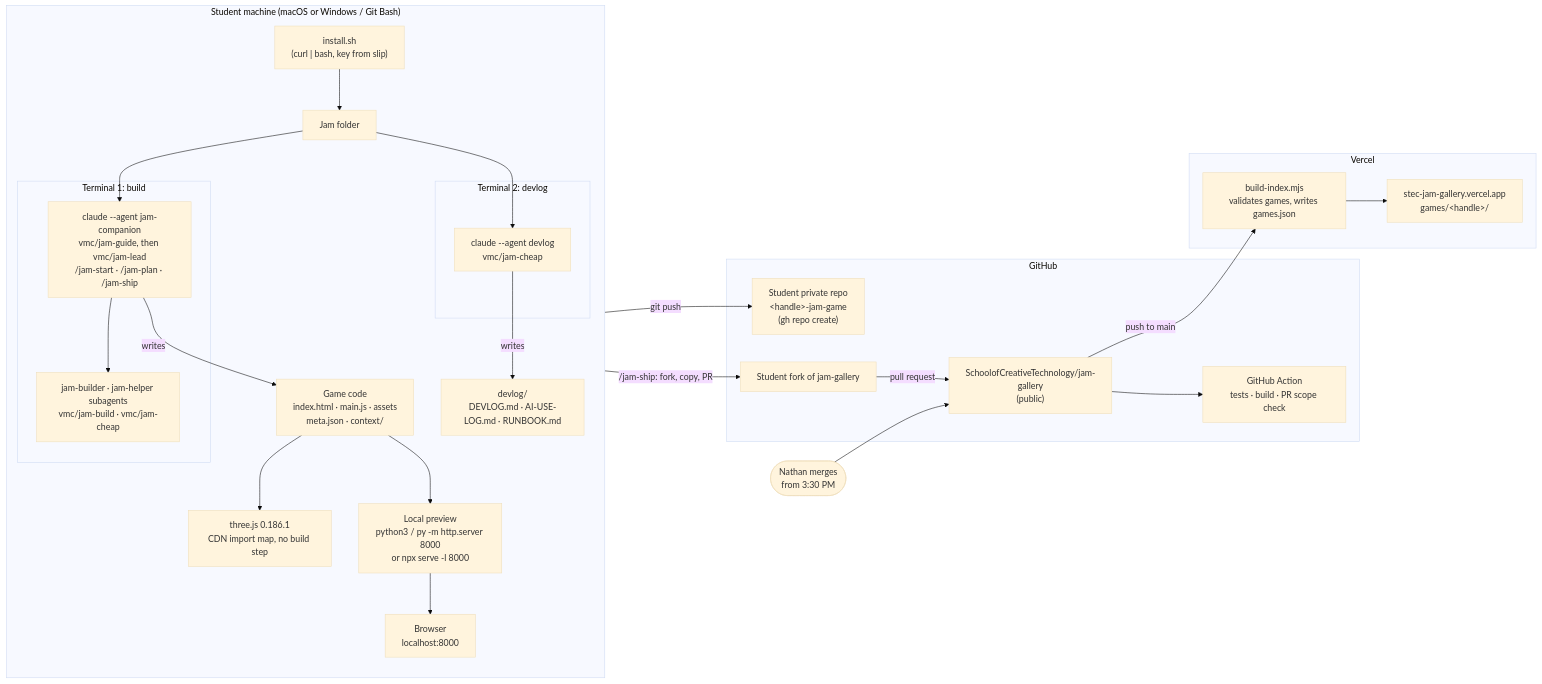
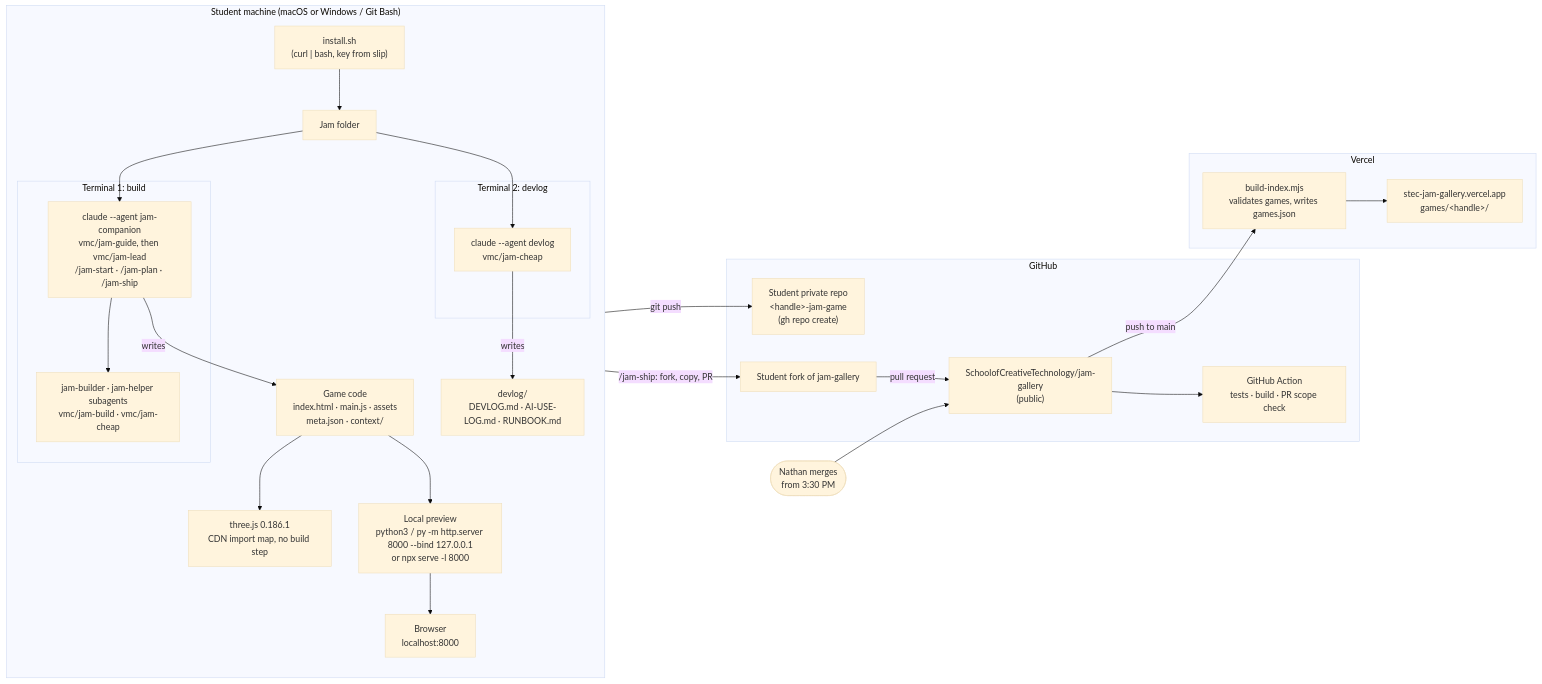
Before and after one commit to SchoolofCreativeTechnology/anthropic-game-jam: the diagram in STACK.md, drawn with Mermaid (base theme). The commit also changed other lines of this file and 14 other files, not shown here.

````diff
--- a/STACK.md
+++ b/STACK.md
@@ -5,41 +5,41 @@
 ```mermaid
 flowchart LR
   subgraph Student["Student machine (macOS or Windows / Git Bash)"]
     direction TB
     Zip["install.sh<br/>(curl | bash, key from slip)"] --> Folder["Jam folder"]
     subgraph T1["Terminal 1: build"]
       Companion["claude --agent jam-companion<br/>vmc/jam-guide, then vmc/jam-lead<br/>/jam-start · /jam-plan · /jam-ship"]
       Builders["jam-builder · jam-helper subagents<br/>vmc/jam-build · vmc/jam-cheap"]
       Companion --> Builders
     end
     subgraph T2["Terminal 2: devlog"]
       Devlog["claude --agent devlog<br/>vmc/jam-cheap"]
     end
     Folder --> Companion
     Folder --> Devlog
     Companion -- writes --> Game["Game code<br/>index.html · main.js · assets<br/>meta.json · context/"]
     Devlog -- writes --> Log["devlog/<br/>DEVLOG.md · AI-USE-LOG.md · RUNBOOK.md"]
     Game --> Three["three.js 0.186.1<br/>CDN import map, no build step"]
-    Game --> Serve["Local preview<br/>python3 / py -m http.server 8000<br/>or npx serve -l 8000"]
+    Game --> Serve["Local preview<br/>python3 / py -m http.server 8000 --bind 127.0.0.1<br/>or npx serve -l 8000"]
     Serve --> Browser["Browser<br/>localhost:8000"]
   end
 
   subgraph GH["GitHub"]
     Private["Student private repo<br/>&lt;handle&gt;-jam-game<br/>(gh repo create)"]
     Fork["Student fork of jam-gallery"]
     Gallery["SchoolofCreativeTechnology/jam-gallery<br/>(public)"]
     CI["GitHub Action<br/>tests · build · PR scope check"]
   end
 
   subgraph Vercel["Vercel"]
     Build["build-index.mjs<br/>validates games, writes games.json"]
     Site["stec-jam-gallery.vercel.app<br/>games/&lt;handle&gt;/"]
   end
 
   Companion -- git push --> Private
   Companion -- "/jam-ship: fork, copy, PR" --> Fork
   Fork -- pull request --> Gallery
   Gallery --> CI
   Nathan(["Nathan merges<br/>from 3:30 PM"]) --> Gallery
   Gallery -- push to main --> Build --> Site
 ```
````
